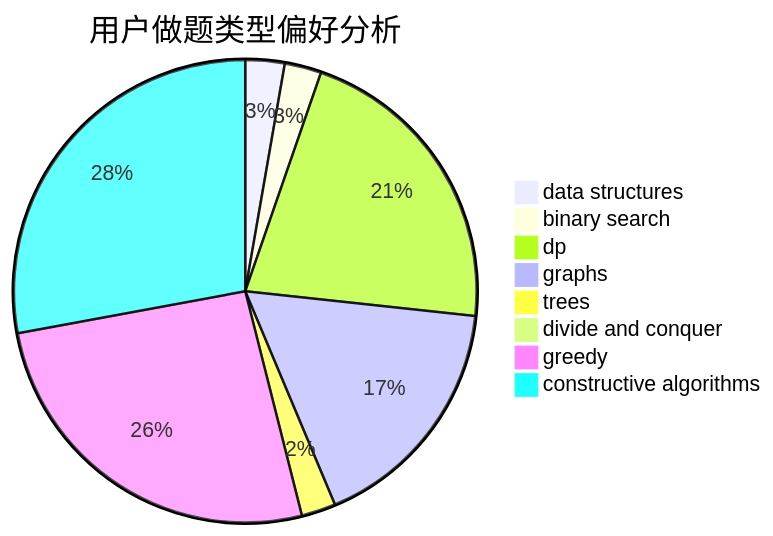
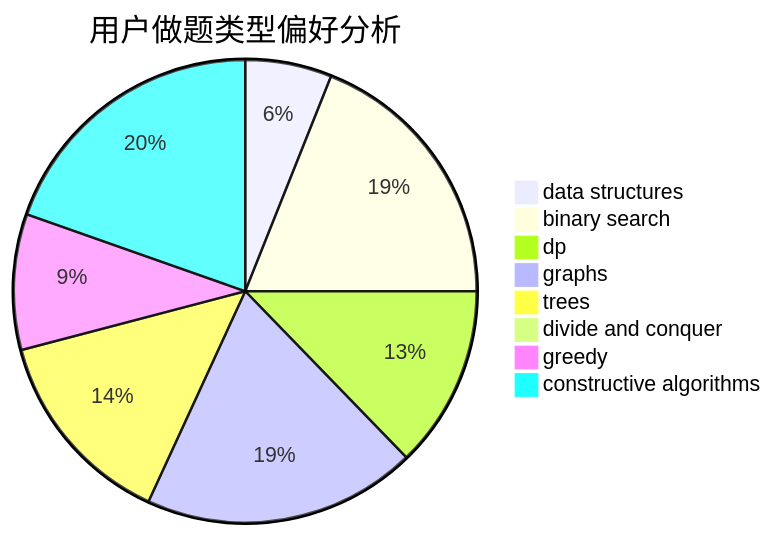
Before and after one commit to sherpahu/cfrs.github.io: the second of 3 diagrams in docs/user/u149.md, drawn with Mermaid. The commit also changed other lines of this file and 2770 other files, not shown here.

````diff
--- a/docs/user/u149.md
+++ b/docs/user/u149.md
@@ -23,11 +23,11 @@
 ```mermaid
 pie title 用户做题类型偏好分析
-    "data structures" :  16
-    "binary search" :  15
-    "dp" :  125
-    "graphs" :  99
-    "trees" :  14
-    "divide and conquer" :  0
-    "greedy" :  152
-    "constructive algorithms" :  163
+    "data structures" :  37
+    "binary search" :  116
+    "dp" :  78
+    "graphs" :  117
+    "trees" :  86
+    "divide and conquer" :  2
+    "greedy" :  58
+    "constructive algorithms" :  120
 ```
````
